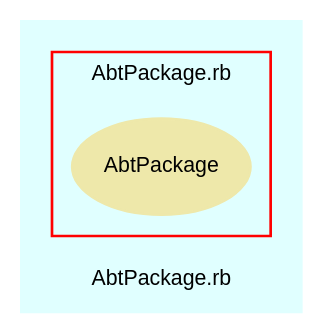
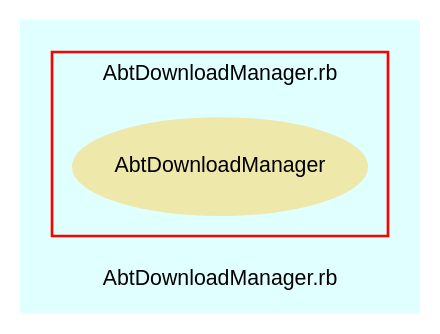
Before and after one commit to eschabell/abtlinux: the diagram in src/trunk/doc/dot/f_1.dot, drawn with Graphviz. The commit also changed 52 other files, not shown here.

Commit message:
Added test cases for AbtPackageMananger to suite, generated docs.

```diff
--- a/src/trunk/doc/dot/f_1.dot
+++ b/src/trunk/doc/dot/f_1.dot
@@ -1,28 +1,28 @@
 digraph TopLevel {
     compound = true
     bgcolor = lightcyan1
     fontname = Arial
     fontsize = 8
-    label = "AbtPackage.rb"
+    label = "AbtDownloadManager.rb"
     node [
         fontname = Arial,
         fontsize = 8,
         color = black
     ]
 
     subgraph cluster_2 {
         fontname = Arial
         color = red
-        label = "AbtPackage.rb"
-        AbtPackage [
+        label = "AbtDownloadManager.rb"
+        AbtDownloadManager [
             fontcolor = black,
-            URL = "classes/AbtPackage.html",
+            URL = "classes/AbtDownloadManager.html",
             shape = ellipse,
             color = palegoldenrod,
             style = filled,
-            label = "AbtPackage"
+            label = "AbtDownloadManager"
         ]
 
     }
 
 }
```
